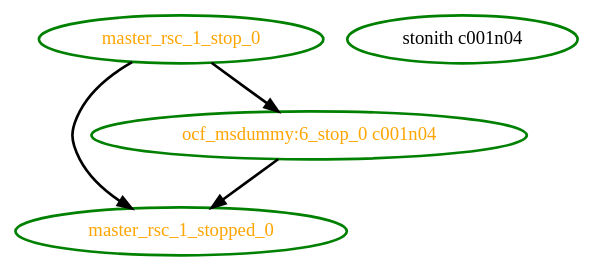
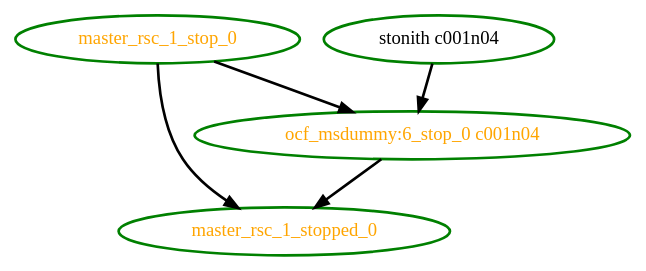
The diagram in crm/pengine/testcases/rec-node-13.dot (richiewen8/heartbeat), drawn with Graphviz before and after one commit. The commit also changed 20 other files, not shown here.

```diff
--- a/crm/pengine/testcases/rec-node-13.dot
+++ b/crm/pengine/testcases/rec-node-13.dot
@@ -1,9 +1,10 @@
  digraph "g" {
 "master_rsc_1_stop_0" -> "master_rsc_1_stopped_0" [ style = bold]
 "master_rsc_1_stop_0" -> "ocf_msdummy:6_stop_0 c001n04" [ style = bold]
 "master_rsc_1_stop_0" [ style=bold color="green" fontcolor="orange" ]
 "master_rsc_1_stopped_0" [ style=bold color="green" fontcolor="orange" ]
 "ocf_msdummy:6_stop_0 c001n04" -> "master_rsc_1_stopped_0" [ style = bold]
 "ocf_msdummy:6_stop_0 c001n04" [ style=bold color="green" fontcolor="orange" ]
+"stonith c001n04" -> "ocf_msdummy:6_stop_0 c001n04" [ style = bold]
 "stonith c001n04" [ style=bold color="green" fontcolor="black" ]
 }
```
